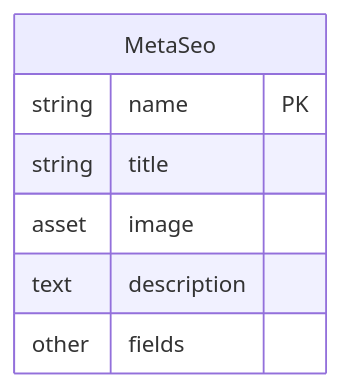
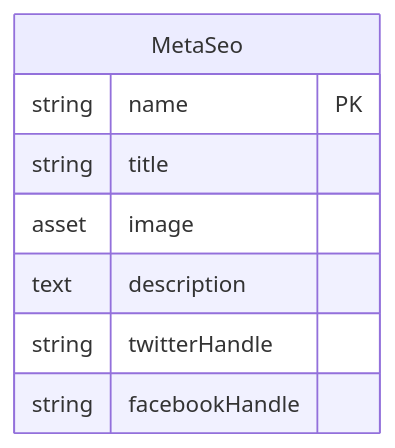
One commit to brendanpowershifter/erd-docs changed the diagram in common-erd-tables.md. Above: the diagram before and after it, drawn with Mermaid.

Commit message:
test action

````diff
--- a/common-erd-tables.md
+++ b/common-erd-tables.md
@@ -1,10 +1,11 @@
 ```mermaid
 erDiagram
  MetaSeo {
     string name PK
     string title
     asset image
     text description
-    other fields
+    string twitterHandle
+    string facebookHandle
   }
 ```
````
